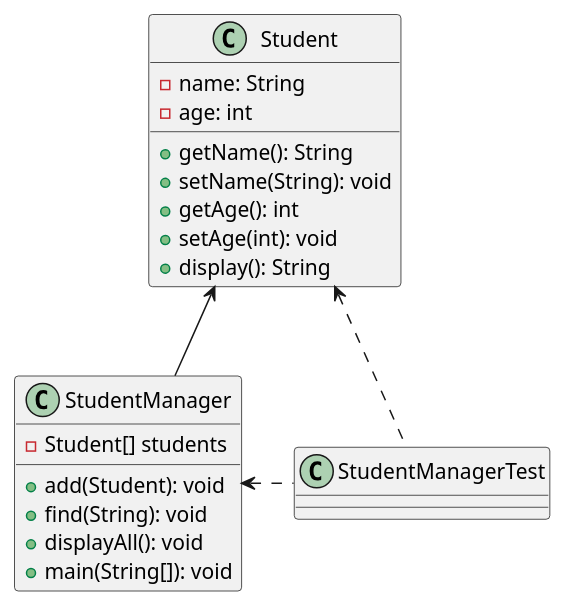
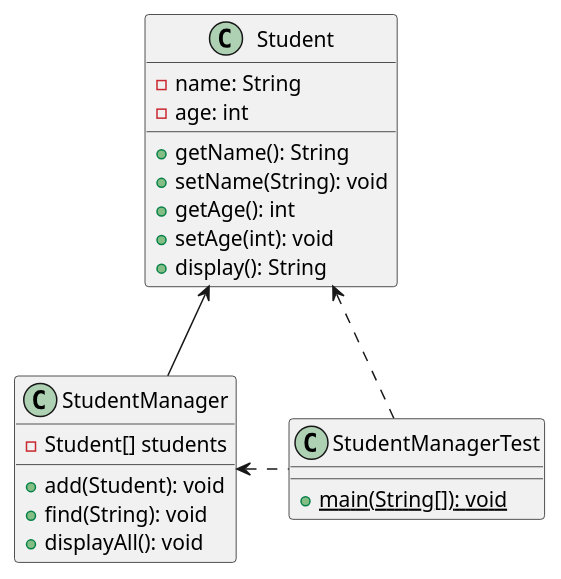
One commit to codegym-vn/pf-java-student-management changed the diagram in uml.puml. Above: the diagram before and after it, drawn with PlantUML.

Commit message:
classes diagram

```diff
--- a/uml.puml
+++ b/uml.puml
@@ -1,28 +1,28 @@
 @startuml
 
 class Student {
     - name: String
     - age: int
     + getName(): String
     + setName(String): void
     + getAge(): int
     + setAge(int): void
     + display(): String
 }
 
 class StudentManager {
     - Student[] students
     + add(Student): void
     + find(String): void
     + displayAll(): void
 }
 
-class StudentManager {
-    + main(String[]): void
+class StudentManagerTest {
+    + {static} main(String[]): void
 }
 
 Student <- StudentManager
 Student <.. StudentManagerTest
 StudentManager <. StudentManagerTest
 
 @enduml
```
